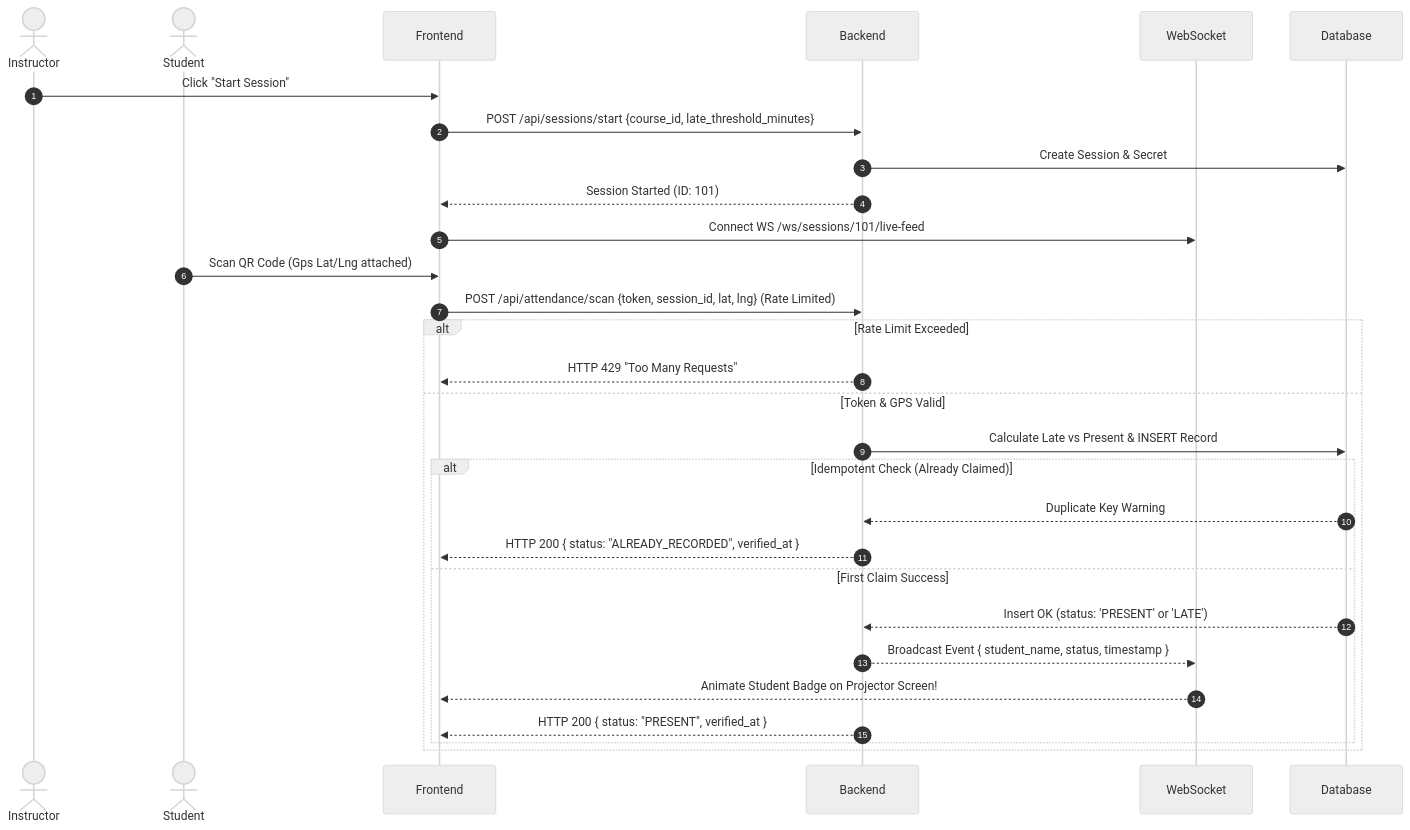
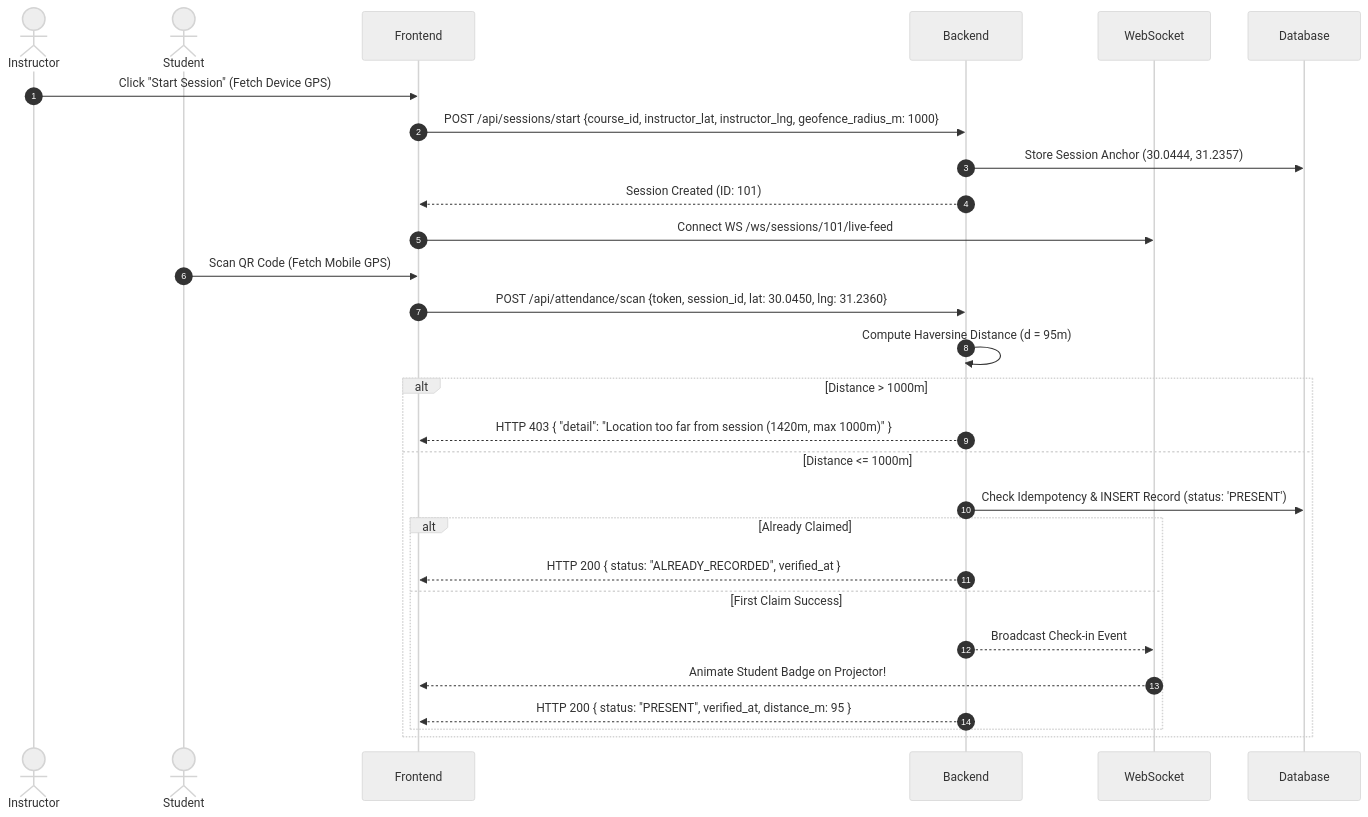
Before and after one commit to yousef-ehabb/Attendify: the diagram in ATTENDIFY_LITE_PRD.md, drawn with Mermaid (neutral theme). The commit also changed other lines of this file, not shown here.

Commit message:
docs: update ATTENDIFY_LITE_PRD.md to v2.2.0 with dynamic instructor geofence anchor, threat matrix, and 1km default

````diff
--- a/ATTENDIFY_LITE_PRD.md
+++ b/ATTENDIFY_LITE_PRD.md
@@ -191,35 +209,35 @@
 ```mermaid
 sequenceDiagram
     autonumber
     actor Instructor
     actor Student
     participant Frontend
     participant Backend
     participant WebSocket
     participant Database
 
-    Instructor->>Frontend: Click "Start Session"
-    Frontend->>Backend: POST /api/sessions/start {course_id, late_threshold_minutes}
-    Backend->>Database: Create Session & Secret
-    Backend-->>Frontend: Session Started (ID: 101)
+    Instructor->>Frontend: Click "Start Session" (Fetch Device GPS)
+    Frontend->>Backend: POST /api/sessions/start {course_id, instructor_lat, instructor_lng, geofence_radius_m: 1000}
+    Backend->>Database: Store Session Anchor (30.0444, 31.2357)
+    Backend-->>Frontend: Session Created (ID: 101)
     
     Frontend->>WebSocket: Connect WS /ws/sessions/101/live-feed
     
-    Student->>Frontend: Scan QR Code (Gps Lat/Lng attached)
-    Frontend->>Backend: POST /api/attendance/scan {token, session_id, lat, lng} (Rate Limited)
+    Student->>Frontend: Scan QR Code (Fetch Mobile GPS)
+    Frontend->>Backend: POST /api/attendance/scan {token, session_id, lat: 30.0450, lng: 31.2360}
     
-    alt Rate Limit Exceeded
-        Backend-->>Frontend: HTTP 429 "Too Many Requests"
-    else Token & GPS Valid
-        Backend->>Database: Calculate Late vs Present & INSERT Record
-        alt Idempotent Check (Already Claimed)
-            Database-->>Backend: Duplicate Key Warning
+    Backend->>Backend: Compute Haversine Distance (d = 95m)
+    
+    alt Distance > 1000m
+        Backend-->>Frontend: HTTP 403 { "detail": "Location too far from session (1420m, max 1000m)" }
+    else Distance <= 1000m
+        Backend->>Database: Check Idempotency & INSERT Record (status: 'PRESENT')
+        alt Already Claimed
             Backend-->>Frontend: HTTP 200 { status: "ALREADY_RECORDED", verified_at }
         else First Claim Success
-            Database-->>Backend: Insert OK (status: 'PRESENT' or 'LATE')
-            Backend-->>WebSocket: Broadcast Event { student_name, status, timestamp }
-            WebSocket-->>Frontend: Animate Student Badge on Projector Screen!
-            Backend-->>Frontend: HTTP 200 { status: "PRESENT", verified_at }
+            Backend-->>WebSocket: Broadcast Check-in Event
+            WebSocket-->>Frontend: Animate Student Badge on Projector!
+            Backend-->>Frontend: HTTP 200 { status: "PRESENT", verified_at, distance_m: 95 }
         end
     end
 ```
````
